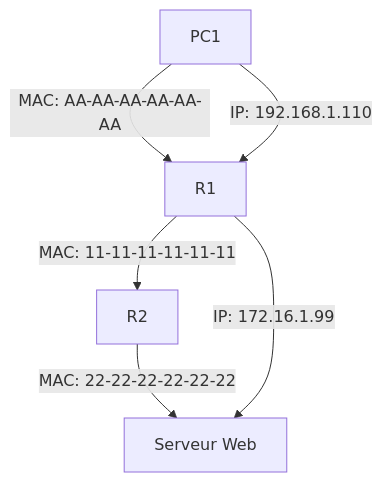
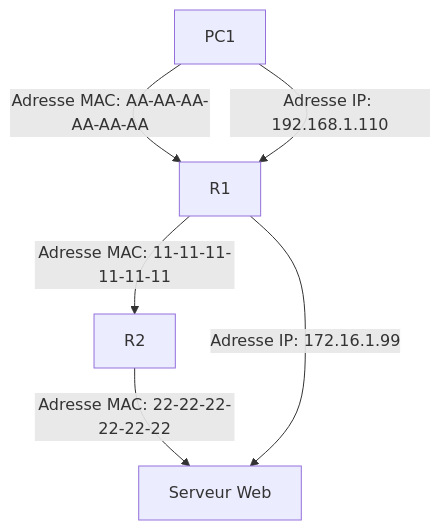
Diagram 12 of 12 in content/Netacad/Modèles et protocoles.md (Jab-Omar/DigitalcityNotes), drawn with Mermaid before and after one commit. The commit also changed other lines of this file and 1 other file, not shown here.

````diff
--- a/content/Netacad/Modèles et protocoles.md
+++ b/content/Netacad/Modèles et protocoles.md
@@ -472,7 +524,7 @@
 ```mermaid
 flowchart TD
-    A[PC1] -->|MAC: AA-AA-AA-AA-AA-AA| B[R1]
-    B -->|MAC: 11-11-11-11-11-11| C[R2]
-    C -->|MAC: 22-22-22-22-22-22| D[Serveur Web]
-    A -->|IP: 192.168.1.110| B -->|IP: 172.16.1.99| D
+    A[PC1] -->|Adresse MAC: AA-AA-AA-AA-AA-AA| B[R1]
+    B -->|Adresse MAC: 11-11-11-11-11-11| C[R2]
+    C -->|Adresse MAC: 22-22-22-22-22-22| D[Serveur Web]
+    A -->|Adresse IP: 192.168.1.110| B -->|Adresse IP: 172.16.1.99| D
 ```
````
